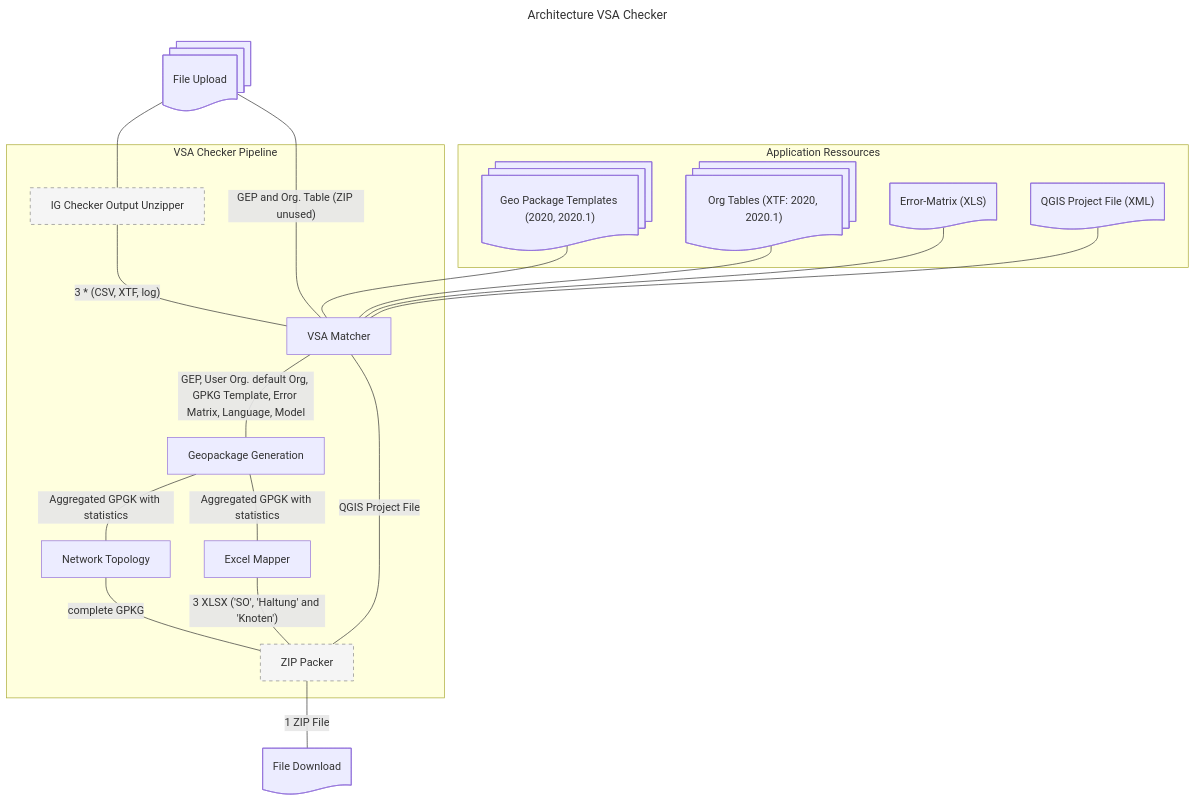
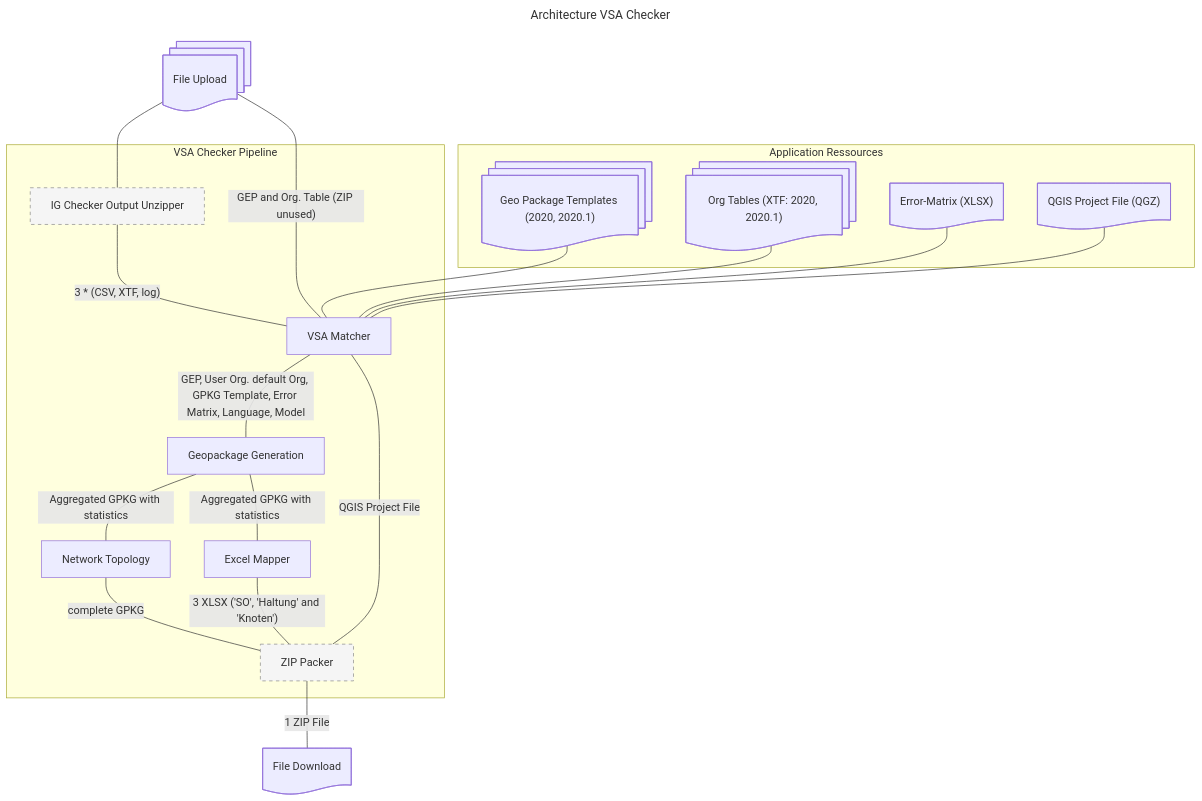
The diagram in docs/architektur.md (geowerkstatt/vsa-checker-analytics), drawn with Mermaid before and after one commit. The commit also changed other lines of this file, not shown here.

````diff
--- a/docs/architektur.md
+++ b/docs/architektur.md
@@ -9,44 +9,44 @@
 ```mermaid
 ---
 title: Architecture VSA Checker
 ---
 flowchart
 	subgraph appResources["Application Ressources"]
 		geoPackageTemplates@{ shape: "docs", label: "Geo Package Templates (2020, 2020.1)" }
 		orgTables@{ shape: "docs", label: "Org Tables (XTF: 2020, 2020.1)" }
-		errorMatrix@{ shape: "doc", label: "Error-Matrix (XLS)" }
-		qgisProject@{ shape: "doc", label: "QGIS Project File (XML)" }
+		errorMatrix@{ shape: "doc", label: "Error-Matrix (XLSX)" }
+		qgisProject@{ shape: "doc", label: "QGIS Project File (QGZ)" }
 	end
 	subgraph vsaCheckerPipeline["VSA Checker Pipeline"]
 		vsaMatcher["VSA Matcher"]
 		igCheckerOutputUnzipper["IG Checker Output Unzipper"]
 		aggregationProcess["Geopackage Generation"]
 		
 		networkTopology["Network Topology"]
 		excelMapper["Excel Mapper"]
 		zipPacker["ZIP Packer"]
 	end
 	fileUpload@{ shape: "docs", label: "File Upload" }
 	fileDownload@{ shape: "doc", label: "File Download" }
 	fileUpload --- igCheckerOutputUnzipper
 	fileUpload ---|"GEP and Org. Table (ZIP unused)"| vsaMatcher
 	geoPackageTemplates --- vsaMatcher
 	orgTables --- vsaMatcher
 	igCheckerOutputUnzipper ---|"3 * (CSV, XTF, log)"| vsaMatcher
 	qgisProject --- vsaMatcher
 	errorMatrix --- vsaMatcher
 	vsaMatcher ---|"GEP, User Org. default Org, GPKG Template, Error Matrix, Language, Model"| aggregationProcess
 	aggregationProcess
 	
 	aggregationProcess
 	networkTopology
-	aggregationProcess ---|"Aggregated GPGK with statistics"| networkTopology
-	aggregationProcess ---|"Aggregated GPGK with statistics"| excelMapper
+	aggregationProcess ---|"Aggregated GPKG with statistics"| networkTopology
+	aggregationProcess ---|"Aggregated GPKG with statistics"| excelMapper
 	vsaMatcher ---|"QGIS Project File"| zipPacker
 	networkTopology ---|"complete GPKG"| zipPacker
 	excelMapper ---|"3 XLSX ('SO', 'Haltung' and 'Knoten')"| zipPacker
 	zipPacker --- |"1 ZIP File"| fileDownload
 
 	classDef geopilotBuiltIn fill:#f5f5f5,stroke:#888,stroke-dasharray:5 5
 	class igCheckerOutputUnzipper,zipPacker geopilotBuiltIn
 ```
````
